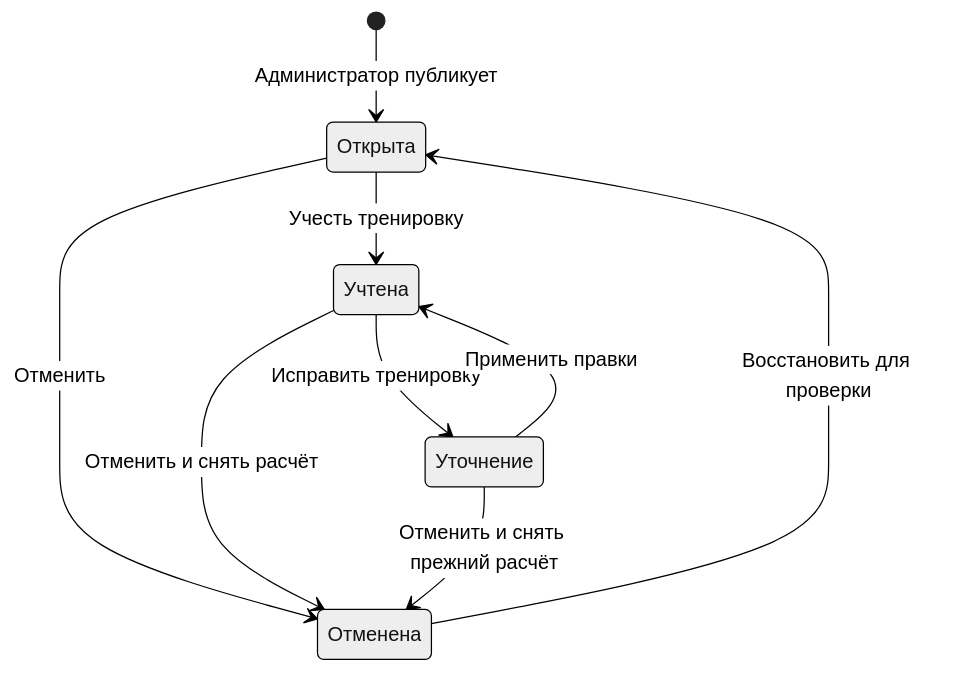
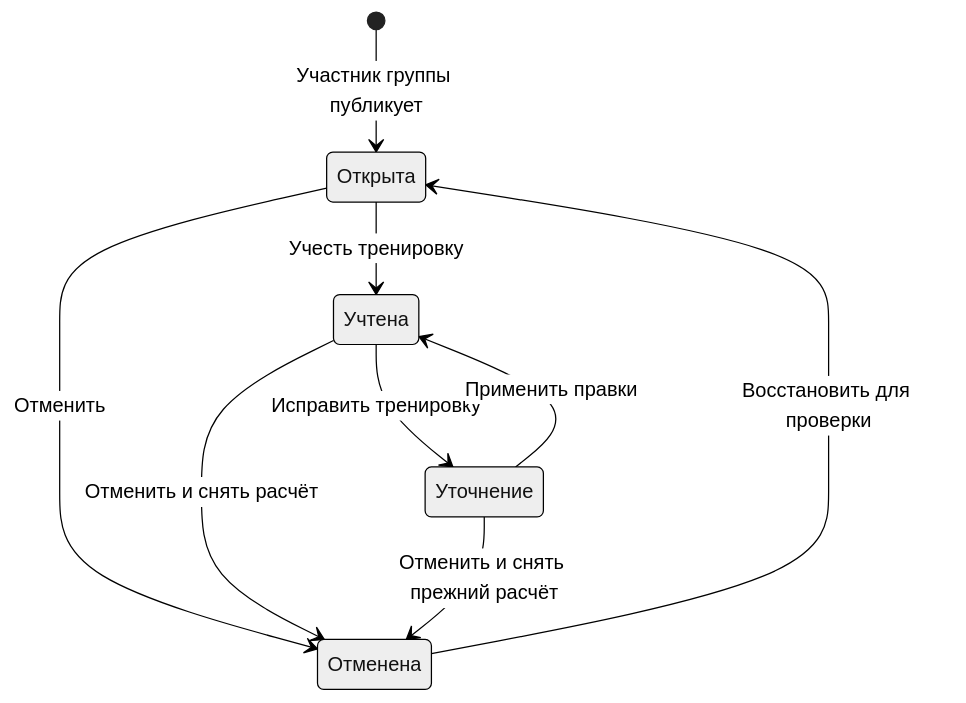
The second of 3 diagrams in docs/UI_FLOW_REVIEW.md (Romamor/tennis-split-bot), drawn with Mermaid (neutral theme) before and after one commit. The commit also changed other lines of this file and 9 other files, not shown here.

````diff
--- a/docs/UI_FLOW_REVIEW.md
+++ b/docs/UI_FLOW_REVIEW.md
@@ -56,15 +59,15 @@
 ```mermaid
 stateDiagram-v2
     state "Открыта" as Open
     state "Учтена" as Closed
     state "Уточнение" as Review
     state "Отменена" as Cancelled
-    [*] --> Open: Администратор публикует
+    [*] --> Open: Участник группы публикует
     Open --> Closed: Учесть тренировку
     Closed --> Review: Исправить тренировку
     Review --> Closed: Применить правки
     Open --> Cancelled: Отменить
     Closed --> Cancelled: Отменить и снять расчёт
     Review --> Cancelled: Отменить и снять прежний расчёт
     Cancelled --> Open: Восстановить для проверки
 ```
````
